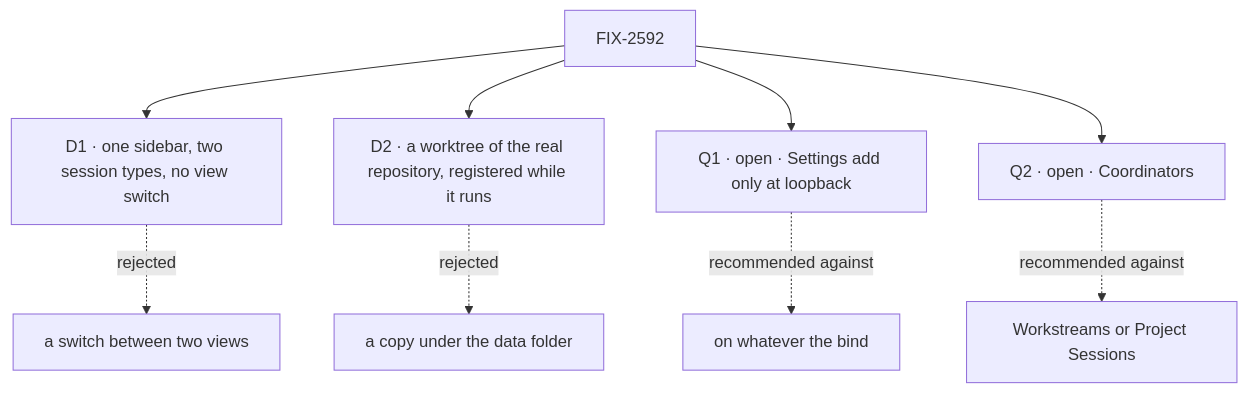
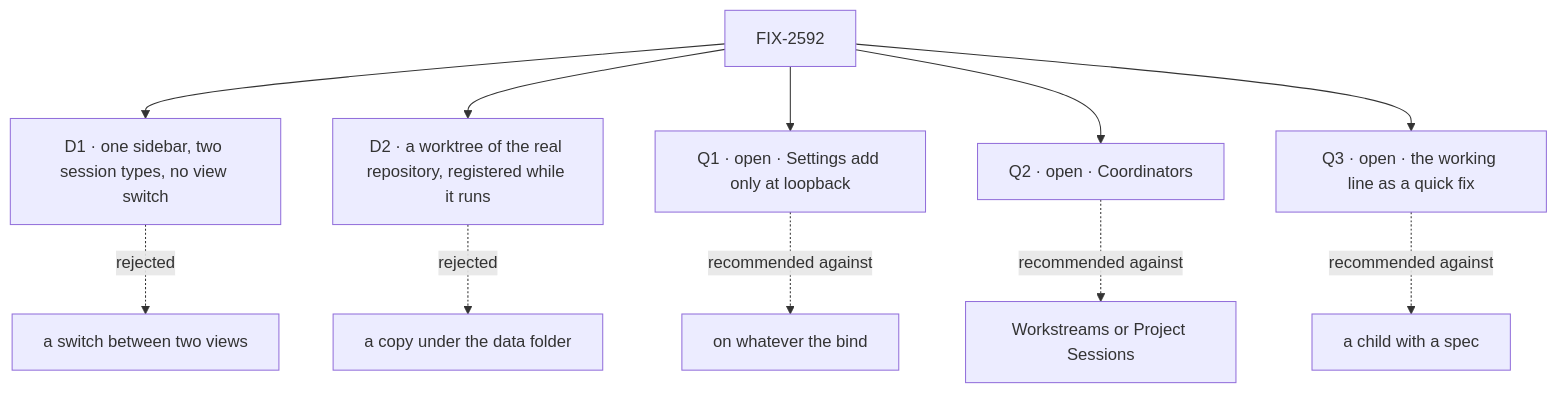
The diagram in specs/epics/FIX-2592/DECISIONS.md (fixpoint-labs/flow-state-dev), drawn with Mermaid before and after one commit. The commit also changed other lines of this file and 10 other files, not shown here.

````diff
--- a/specs/epics/FIX-2592/DECISIONS.md
+++ b/specs/epics/FIX-2592/DECISIONS.md
@@ -11,11 +12,13 @@
 ```mermaid
 flowchart TD
   E["FIX-2592"] --> D1["D1 · one sidebar, two session types, no view switch"]
   D1 -.->|"rejected"| X1["a switch between two views"]
   E --> D2["D2 · a worktree of the real repository, registered while it runs"]
   D2 -.->|"rejected"| X2["a copy under the data folder"]
   E --> Q1["Q1 · open · Settings add only at loopback"]
   Q1 -.->|"recommended against"| X3["on whatever the bind"]
   E --> Q2["Q2 · open · Coordinators"]
   Q2 -.->|"recommended against"| X4["Workstreams or Project Sessions"]
+  E --> Q3["Q3 · open · the working line as a quick fix"]
+  Q3 -.->|"recommended against"| X5["a child with a spec"]
 ```
````
